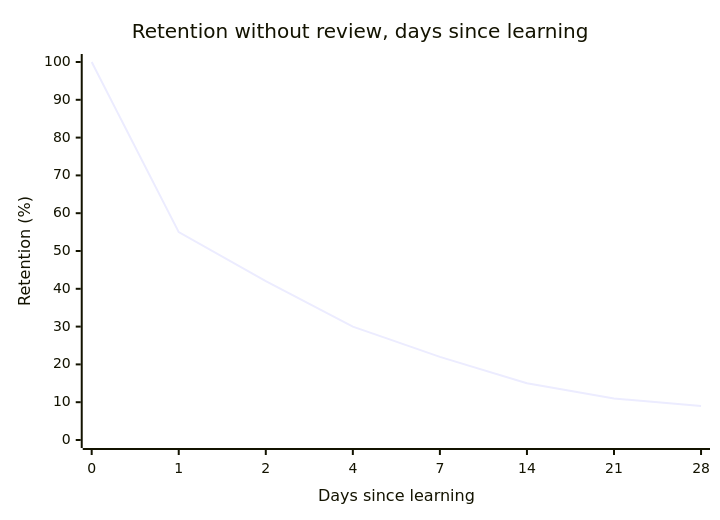
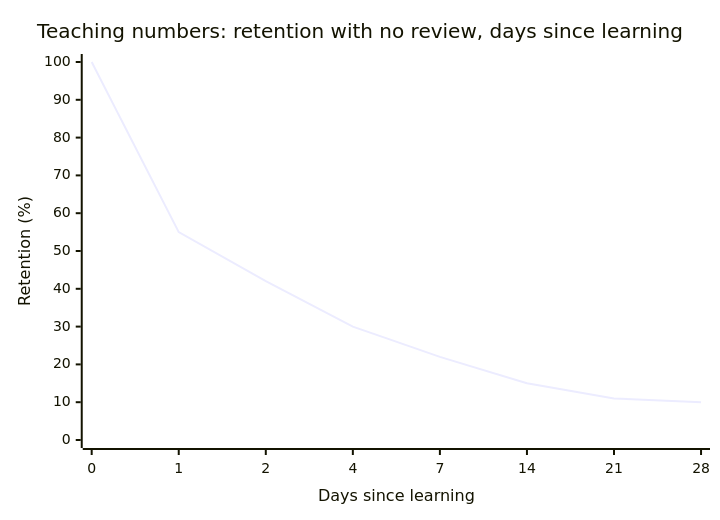
Before and after one commit to francoandreDev/knowledge: the first of 2 diagrams in src/content/learning-craft/spaced-repetition/L2-concept.mdx, drawn with Mermaid. The commit also changed other lines of this file and 3 other files, not shown here.

````diff
--- a/src/content/learning-craft/spaced-repetition/L2-concept.mdx
+++ b/src/content/learning-craft/spaced-repetition/L2-concept.mdx
@@ -32,7 +35,7 @@
 ```mermaid
 xychart-beta
-    title "Retention without review, days since learning"
+    title "Teaching numbers: retention with no review, days since learning"
     x-axis "Days since learning" [0, 1, 2, 4, 7, 14, 21, 28]
     y-axis "Retention (%)" 0 --> 100
-    line [100, 55, 42, 30, 22, 15, 11, 9]
+    line [100, 55, 42, 30, 22, 15, 11, 10]
 ```
````
